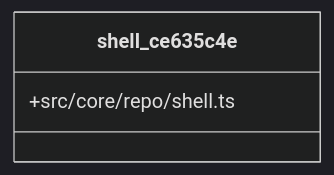
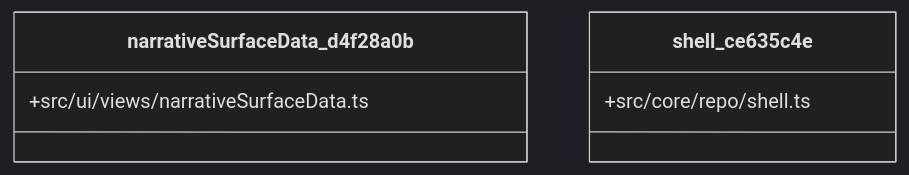
Before and after one commit to jscraik/firefly-narrative: the diagram in .diagram/class.mmd, drawn with Mermaid (dark theme). The commit also changed 26 other files, not shown here.

```diff
--- a/.diagram/class.mmd
+++ b/.diagram/class.mmd
@@ -1,4 +1,7 @@
 classDiagram
+  class narrativeSurfaceData_d4f28a0b {
+    +src/ui/views/narrativeSurfaceData.ts
+  }
   class shell_ce635c4e {
     +src/core/repo/shell.ts
   }
```
